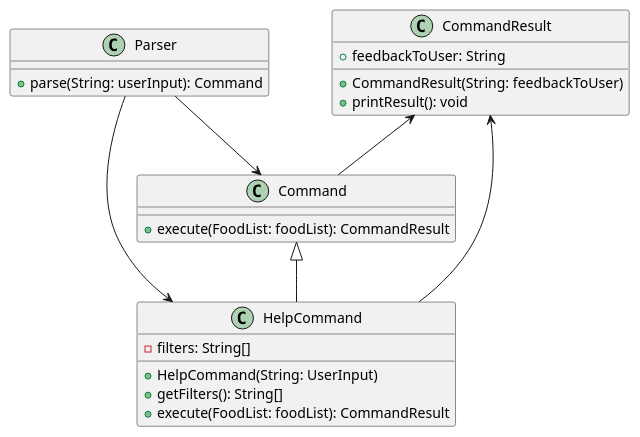
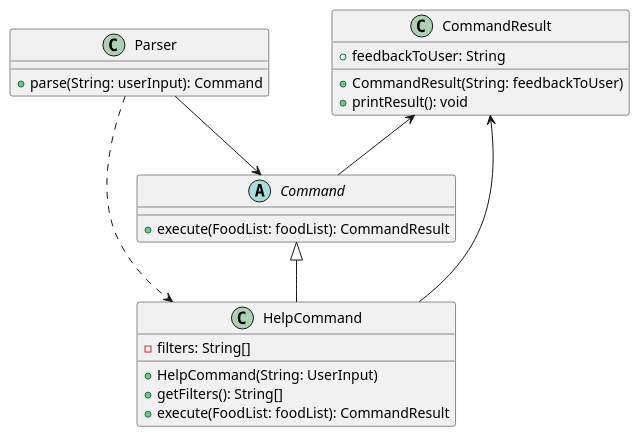
One commit to tsx0314/tp changed the diagram in docs/puml/HelpCommandClassDiagram.puml. Above: the diagram before and after it, drawn with PlantUML. The commit also changed 6 other files, not shown here.

```diff
--- a/docs/puml/HelpCommandClassDiagram.puml
+++ b/docs/puml/HelpCommandClassDiagram.puml
@@ -1,31 +1,31 @@
 @startuml
 'https://plantuml.com/class-diagram
 
-Parser --> HelpCommand
+Parser ..> HelpCommand
 Parser --> Command
 class Parser {
     +parse(String: userInput): Command
 }
 
 CommandResult <-- Command
-class Command {
+abstract class Command {
     +execute(FoodList: foodList): CommandResult
 }
 
 CommandResult <-- HelpCommand
 class CommandResult {
     +feedbackToUser: String
     +CommandResult(String: feedbackToUser)
     +printResult(): void
 }
 
 Command <|-- HelpCommand
 class HelpCommand {
     -filters: String[]
     +HelpCommand(String: UserInput)
     +getFilters(): String[]
     +execute(FoodList: foodList): CommandResult
 
 }
 
 @enduml
```
